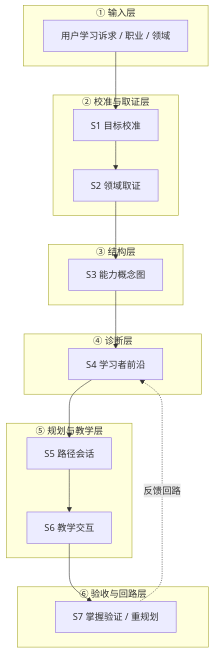
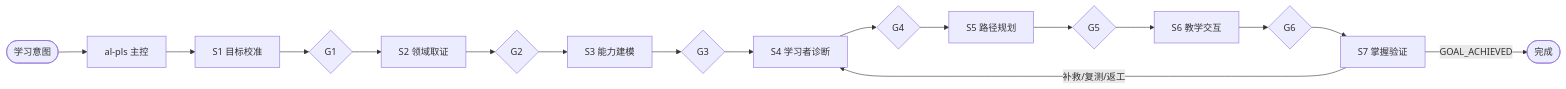
The diagram in README.md (kms9/prova-learn), drawn with Mermaid before and after one commit. The commit also changed other lines of this file and 32 other files, not shown here.

````diff
--- a/README.md
+++ b/README.md
@@ -101,26 +27,19 @@
 ```mermaid
-flowchart TB
-    subgraph L1["① 输入层"]
-        User[用户学习诉求 / 职业 / 领域]
-    end
-    subgraph L2["② 校准与取证层"]
-        S1[S1 目标校准]
-        S2[S2 领域取证]
-    end
-    subgraph L3["③ 结构层"]
-        S3[S3 能力概念图]
-    end
-    subgraph L4["④ 诊断层"]
-        S4[S4 学习者前沿]
-    end
-    subgraph L5["⑤ 规划与教学层"]
-        S5[S5 路径会话]
-        S6[S6 教学交互]
-    end
-    subgraph L6["⑥ 验收与回路层"]
-        S7[S7 掌握验证 / 重规划]
-    end
-
-    User --> S1 --> S2 --> S3 --> S4 --> S5 --> S6 --> S7
-    S7 -. 反馈回路 .-> S4
+flowchart LR
+    U([学习意图]) --> O[al-pls 主控]
+    O --> S1[S1 目标校准]
+    S1 --> G1{G1}
+    G1 --> S2[S2 领域取证]
+    S2 --> G2{G2}
+    G2 --> S3[S3 能力建模]
+    S3 --> G3{G3}
+    G3 --> S4[S4 学习者诊断]
+    S4 --> G4{G4}
+    G4 --> S5[S5 路径规划]
+    S5 --> G5{G5}
+    G5 --> S6[S6 教学交互]
+    S6 --> G6{G6}
+    G6 --> S7[S7 掌握验证]
+    S7 -->|补救/复测/返工| S4
+    S7 -->|GOAL_ACHIEVED| D([完成])
 ```
````
